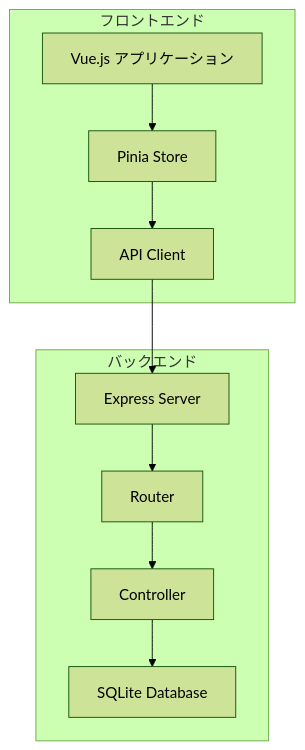
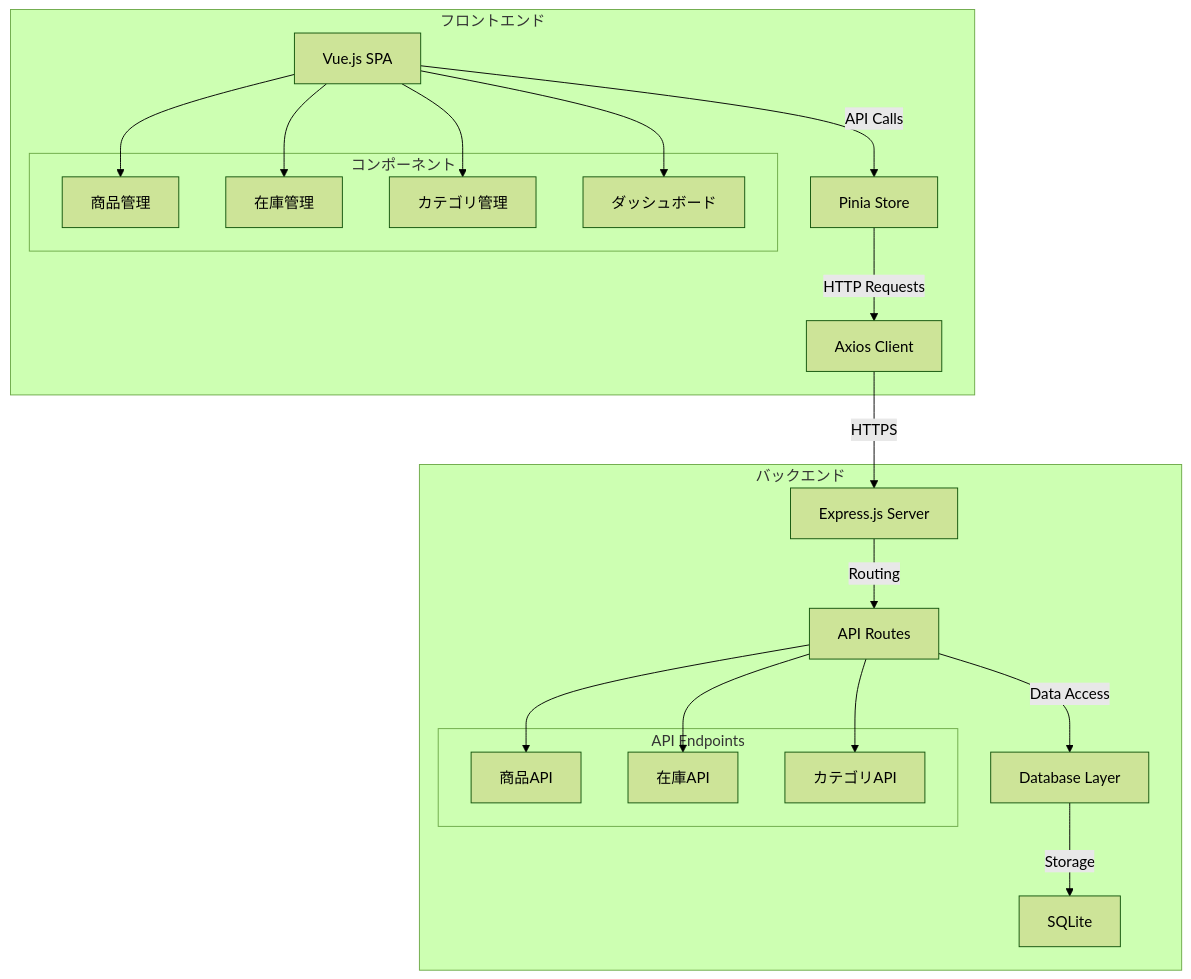
One commit to TaMa-97/inventory-management-system changed the diagram in README.md. Above: the diagram before and after it, drawn with Mermaid (forest theme). The commit also changed other lines of this file, not shown here.

````diff
--- a/README.md
+++ b/README.md
@@ -35,15 +45,32 @@
 ```mermaid
 graph TB
     subgraph "フロントエンド"
-        A[Vue.js アプリケーション] --> B[Pinia Store]
-        B --> C[API Client]
+        A[Vue.js SPA] --> |API Calls| B[Pinia Store]
+        B --> |HTTP Requests| C[Axios Client]
+
+        subgraph "コンポーネント"
+            D[商品管理]
+            E[在庫管理]
+            F[カテゴリ管理]
+            G[ダッシュボード]
+        end
+
+        A --> D & E & F & G
     end
-    
+
     subgraph "バックエンド"
-        D[Express Server] --> E[Router]
-        E --> F[Controller]
-        F --> G[SQLite Database]
+        H[Express.js Server] --> |Routing| I[API Routes]
+        I --> |Data Access| J[Database Layer]
+        J --> |Storage| K[SQLite]
+
+        subgraph "API Endpoints"
+            L[商品API]
+            M[在庫API]
+            N[カテゴリAPI]
+        end
+
+        I --> L & M & N
     end
-    
-    C --> D
+
+    C --> |HTTPS| H
 ```
````
